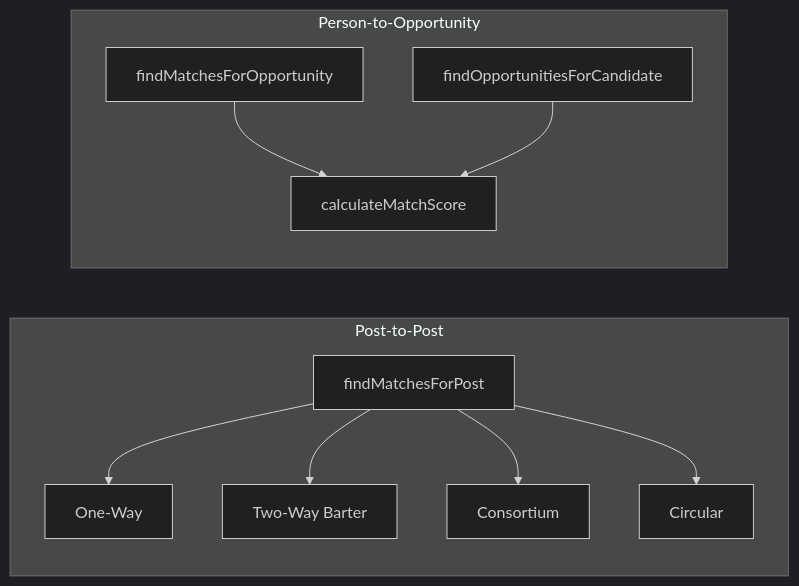
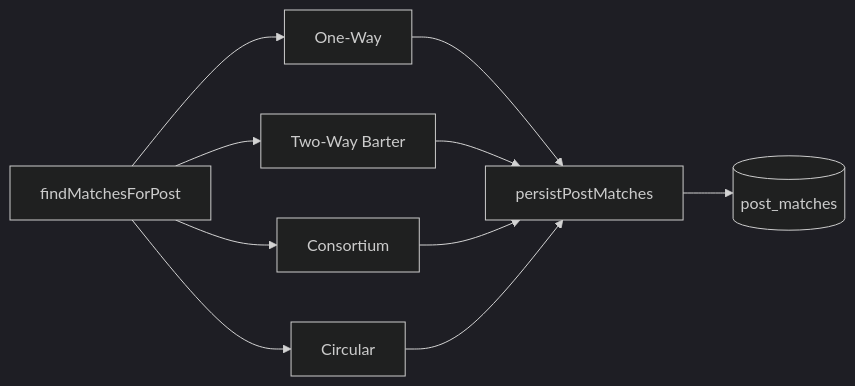
Before and after one commit to Mabdelmofdy/PMtwin1: the first of 2 diagrams in docs/modules/matching-system.md, drawn with Mermaid (dark theme). The commit also changed other lines of this file and 129 other files, not shown here.

````diff
--- a/docs/modules/matching-system.md
+++ b/docs/modules/matching-system.md
@@ -40,16 +45,14 @@
 ```mermaid
 flowchart LR
-    subgraph postToPost [Post-to-Post]
-        findPost[findMatchesForPost]
-        findPost --> oneWay[One-Way]
-        findPost --> twoWay[Two-Way Barter]
-        findPost --> consortium[Consortium]
-        findPost --> circular[Circular]
-    end
-    subgraph personToOpp [Person-to-Opportunity]
-        findOpp[findMatchesForOpportunity]
-        findCand[findOpportunitiesForCandidate]
-        findOpp --> score[calculateMatchScore]
-        findCand --> score
-    end
+    findPost[findMatchesForPost]
+    findPost --> oneWay[One-Way]
+    findPost --> twoWay[Two-Way Barter]
+    findPost --> consortium[Consortium]
+    findPost --> circular[Circular]
+    persist[persistPostMatches]
+    oneWay --> persist
+    twoWay --> persist
+    consortium --> persist
+    circular --> persist
+    persist --> store[(post_matches)]
 ```
````
